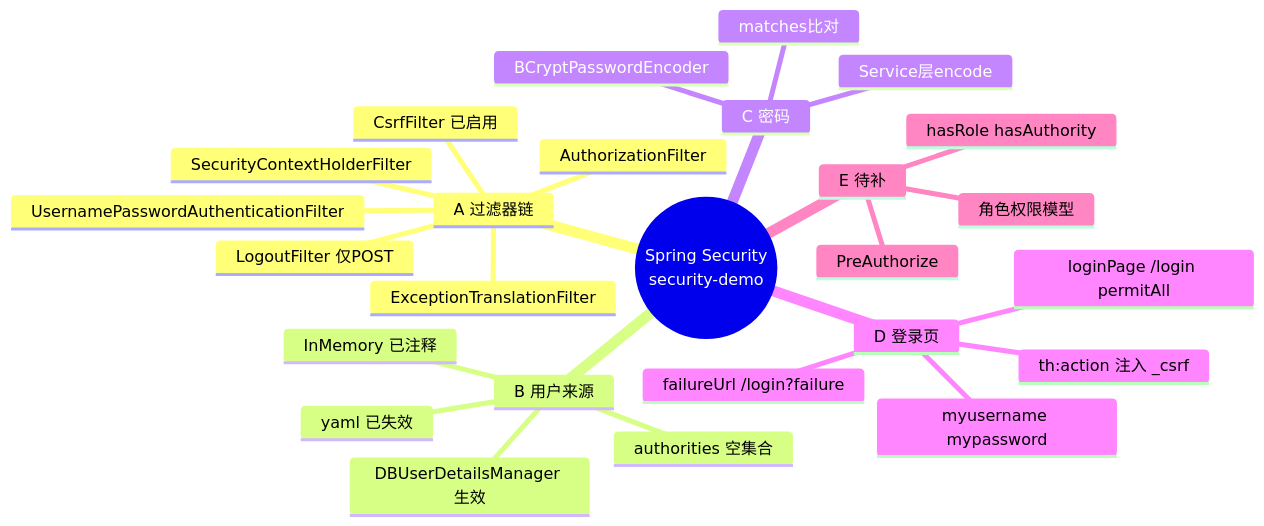
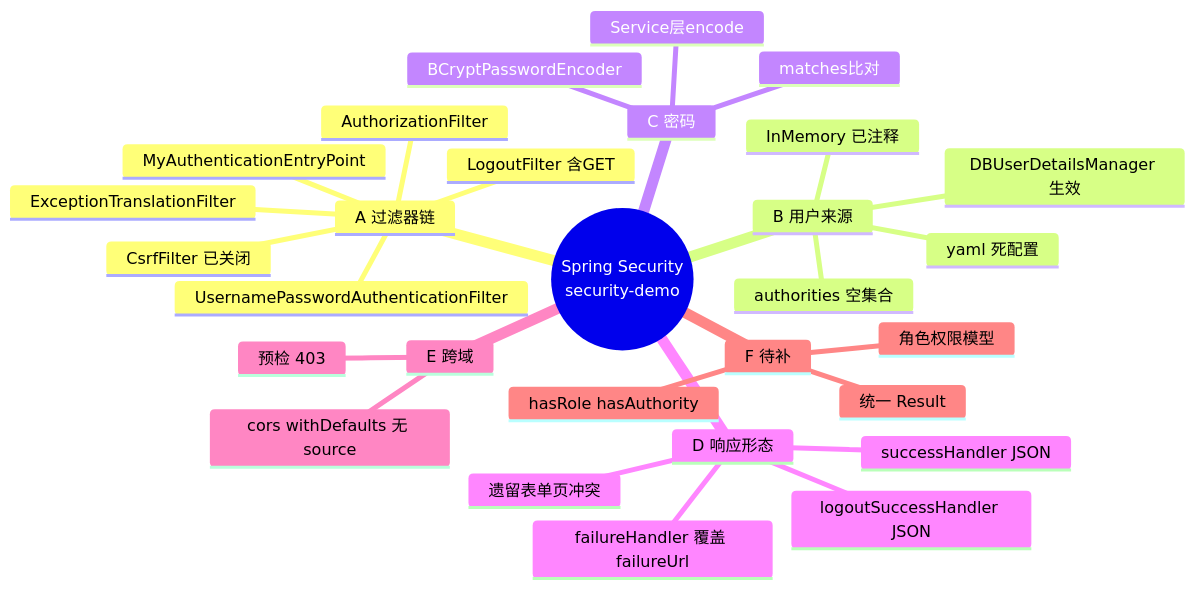
Before and after one commit to c0re-T/security-demo: the diagram in README.md, drawn with Mermaid. The commit also changed other lines of this file and 8 other files, not shown here.

````diff
--- a/README.md
+++ b/README.md
@@ -170,29 +188,32 @@
 ```mermaid
 mindmap
   root((Spring Security<br/>security-demo))
     A 过滤器链
-      SecurityContextHolderFilter
-      CsrfFilter 已启用
-      LogoutFilter 仅POST
+      CsrfFilter 已关闭
+      LogoutFilter 含GET
       UsernamePasswordAuthenticationFilter
       ExceptionTranslationFilter
+      MyAuthenticationEntryPoint
       AuthorizationFilter
     B 用户来源
-      yaml 已失效
+      yaml 死配置
       InMemory 已注释
       DBUserDetailsManager 生效
       authorities 空集合
     C 密码
       BCryptPasswordEncoder
       Service层encode
       matches比对
-    D 登录页
-      loginPage /login permitAll
-      myusername mypassword
-      failureUrl /login?failure
-      th:action 注入 _csrf
-    E 待补
+    D 响应形态
+      successHandler JSON
+      failureHandler 覆盖 failureUrl
+      logoutSuccessHandler JSON
+      遗留表单页冲突
+    E 跨域
+      cors withDefaults 无 source
+      预检 403
+    F 待补
       角色权限模型
       hasRole hasAuthority
-      PreAuthorize
+      统一 Result
 ```
````
